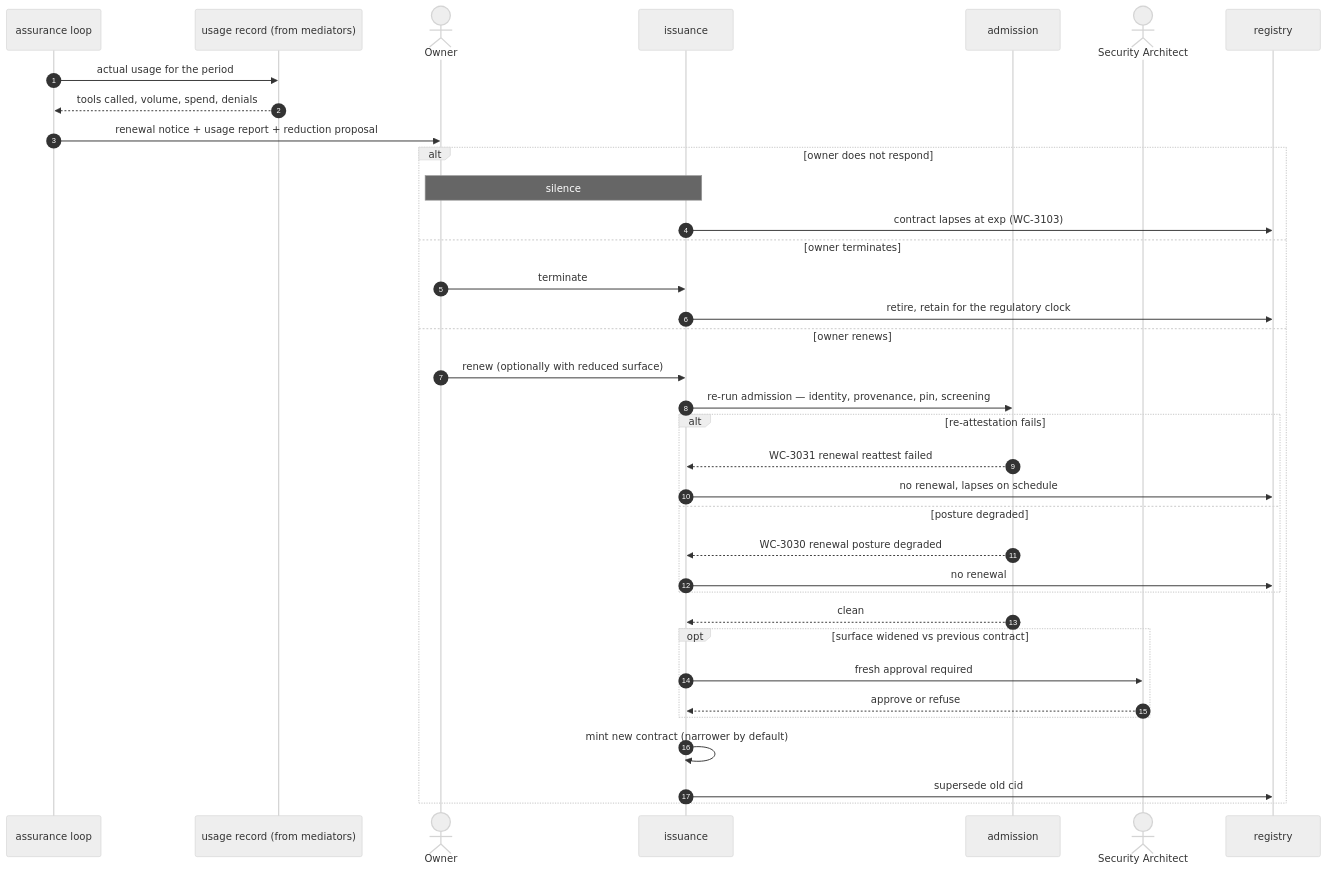
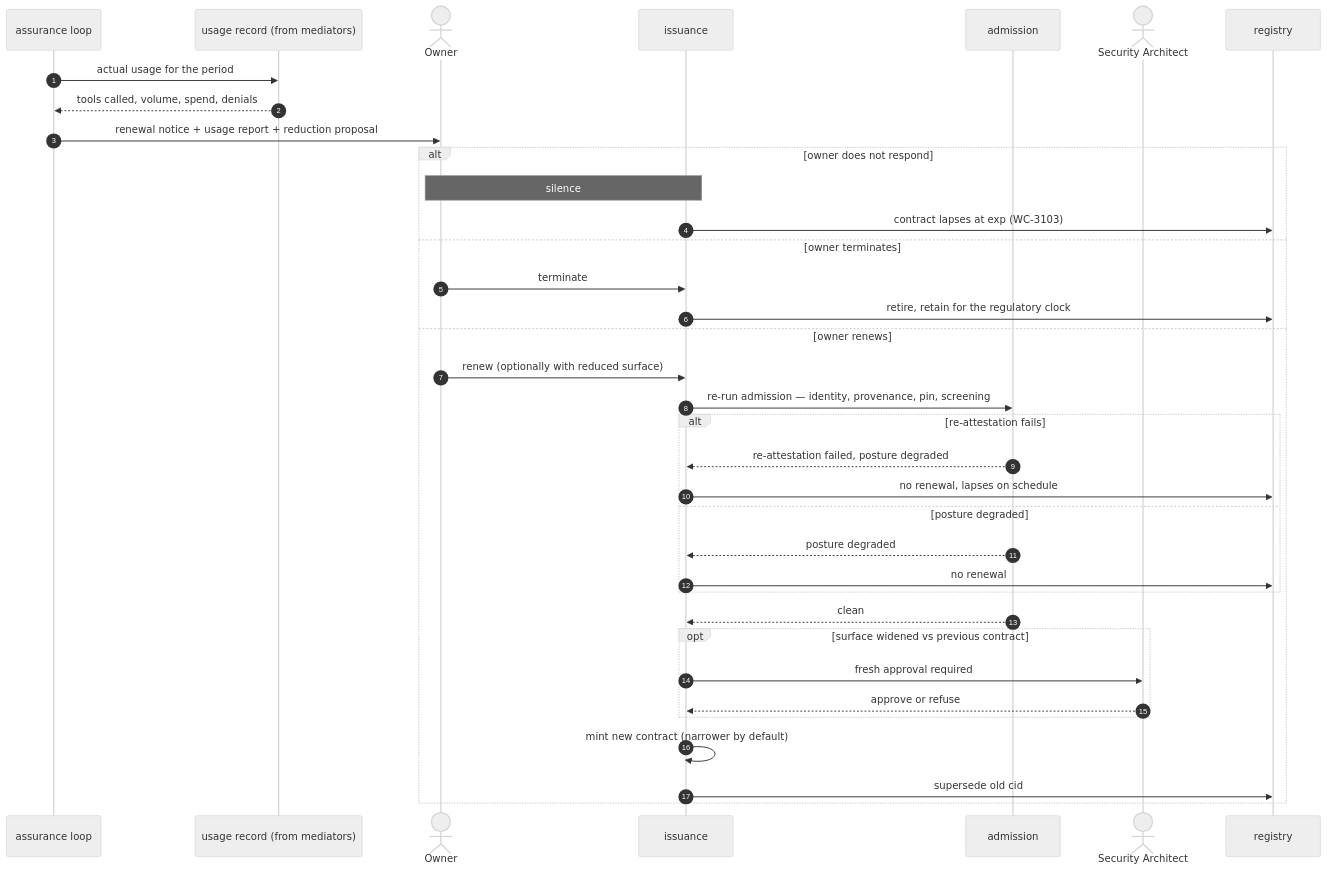
One commit to vijayvedula/warden-connect changed the diagram in docs/use-cases/diagrams/uc-09.mmd. Above: the diagram before and after it, drawn with Mermaid (neutral theme). The commit also changed 17 other files, not shown here.

```diff
--- a/docs/use-cases/diagrams/uc-09.mmd
+++ b/docs/use-cases/diagrams/uc-09.mmd
@@ -1,37 +1,37 @@
 sequenceDiagram
     autonumber
     participant Asr as assurance loop
     participant Usage as usage record (from mediators)
     actor Owner
     participant Iss as issuance
     participant Adm as admission
     actor Arch as Security Architect
     participant Reg as registry
 
     Asr->>Usage: actual usage for the period
     Usage-->>Asr: tools called, volume, spend, denials
     Asr->>Owner: renewal notice + usage report + reduction proposal
     alt owner does not respond
         Note over Owner,Iss: silence
         Iss->>Reg: contract lapses at exp (WC-3103)
     else owner terminates
         Owner->>Iss: terminate
         Iss->>Reg: retire, retain for the regulatory clock
     else owner renews
         Owner->>Iss: renew (optionally with reduced surface)
         Iss->>Adm: re-run admission — identity, provenance, pin, screening
         alt re-attestation fails
-            Adm-->>Iss: WC-3031 renewal reattest failed
+            Adm-->>Iss: re-attestation failed, posture degraded
             Iss->>Reg: no renewal, lapses on schedule
         else posture degraded
-            Adm-->>Iss: WC-3030 renewal posture degraded
+            Adm-->>Iss: posture degraded
             Iss->>Reg: no renewal
         end
         Adm-->>Iss: clean
         opt surface widened vs previous contract
             Iss->>Arch: fresh approval required
             Arch-->>Iss: approve or refuse
         end
         Iss->>Iss: mint new contract (narrower by default)
         Iss->>Reg: supersede old cid
     end
```
